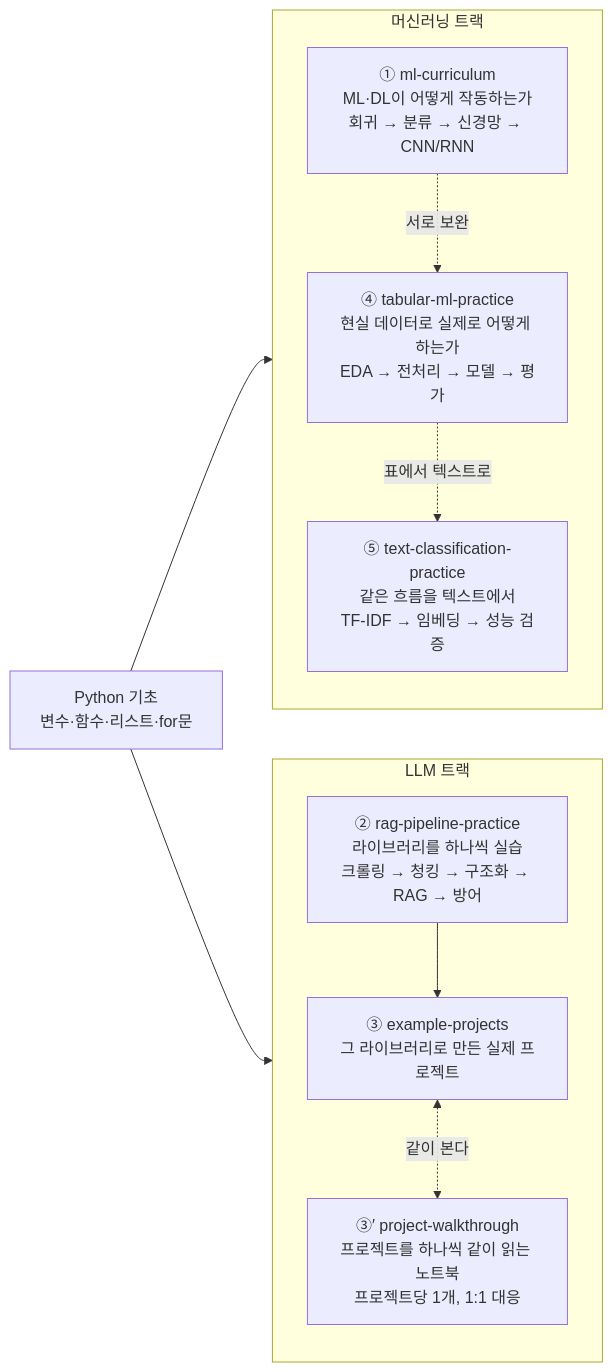
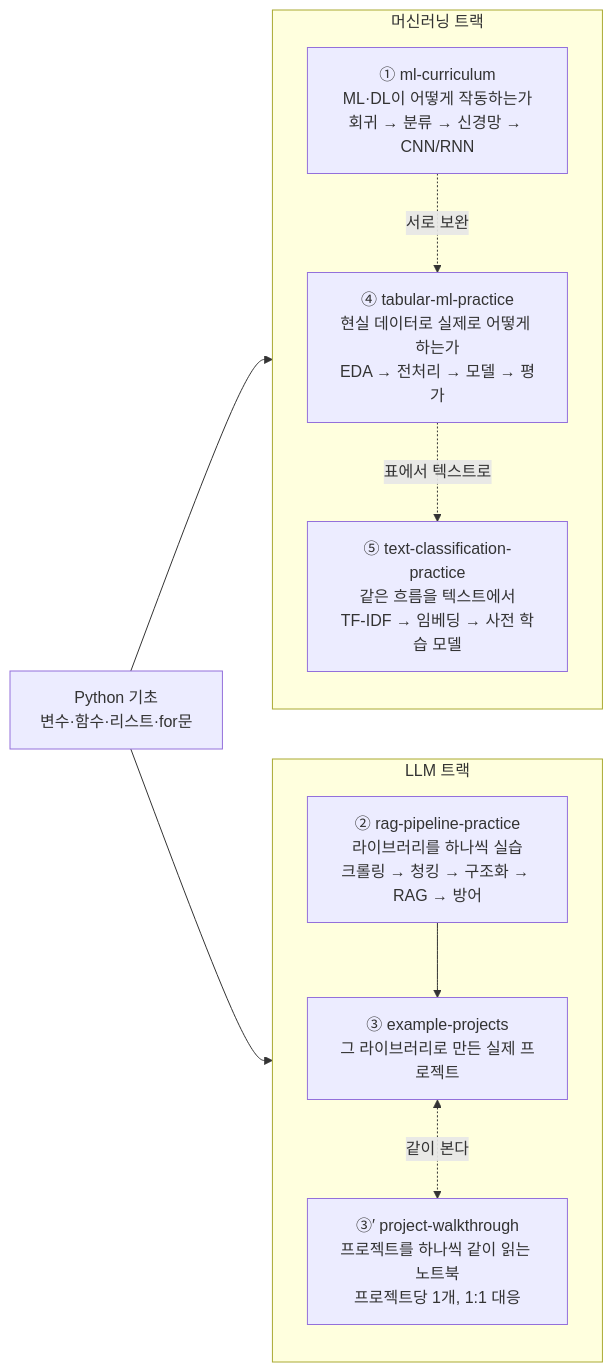
Before and after one commit to karzit/temp: the diagram in README.md, drawn with Mermaid. The commit also changed other lines of this file and 14 other files, not shown here.

````diff
--- a/README.md
+++ b/README.md
@@ -63,25 +63,25 @@
 ```mermaid
 flowchart LR
     P["Python 기초<br/>변수·함수·리스트·for문"]
 
     subgraph ML["머신러닝 트랙"]
         direction TB
         A["① ml-curriculum<br/>ML·DL이 어떻게 작동하는가<br/>회귀 → 분류 → 신경망 → CNN/RNN"]
         D["④ tabular-ml-practice<br/>현실 데이터로 실제로 어떻게 하는가<br/>EDA → 전처리 → 모델 → 평가"]
-        T["⑤ text-classification-practice<br/>같은 흐름을 텍스트에서<br/>TF-IDF → 임베딩 → 성능 검증"]
+        T["⑤ text-classification-practice<br/>같은 흐름을 텍스트에서<br/>TF-IDF → 임베딩 → 사전 학습 모델"]
         A -. 서로 보완 .-> D
         D -. 표에서 텍스트로 .-> T
     end
 
     subgraph LLM["LLM 트랙"]
         direction TB
         B["② rag-pipeline-practice<br/>라이브러리를 하나씩 실습<br/>크롤링 → 청킹 → 구조화 → RAG → 방어"]
         C["③ example-projects<br/>그 라이브러리로 만든 실제 프로젝트"]
         W["③′ project-walkthrough<br/>프로젝트를 하나씩 같이 읽는 노트북<br/>프로젝트당 1개, 1:1 대응"]
         B --> C
         C <-. 같이 본다 .-> W
     end
 
     P --> ML
     P --> LLM
 ```
````
